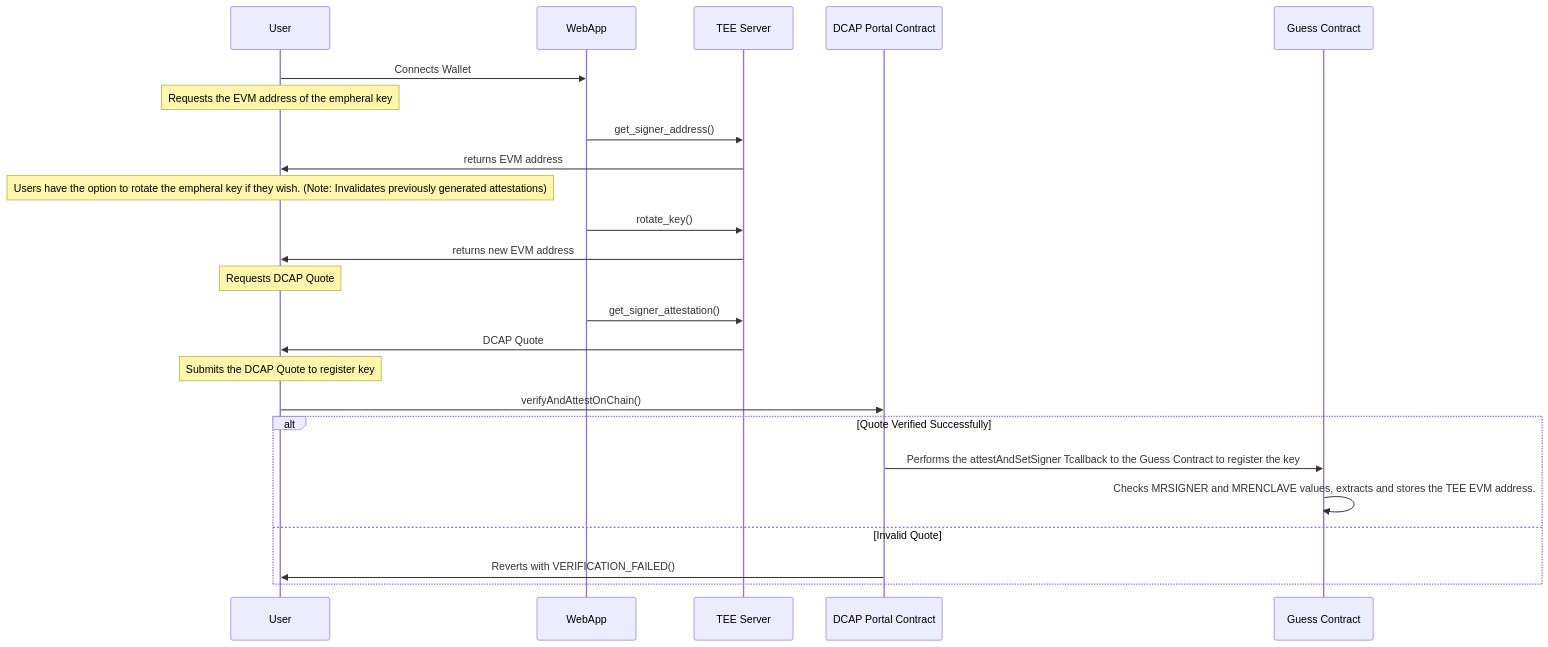
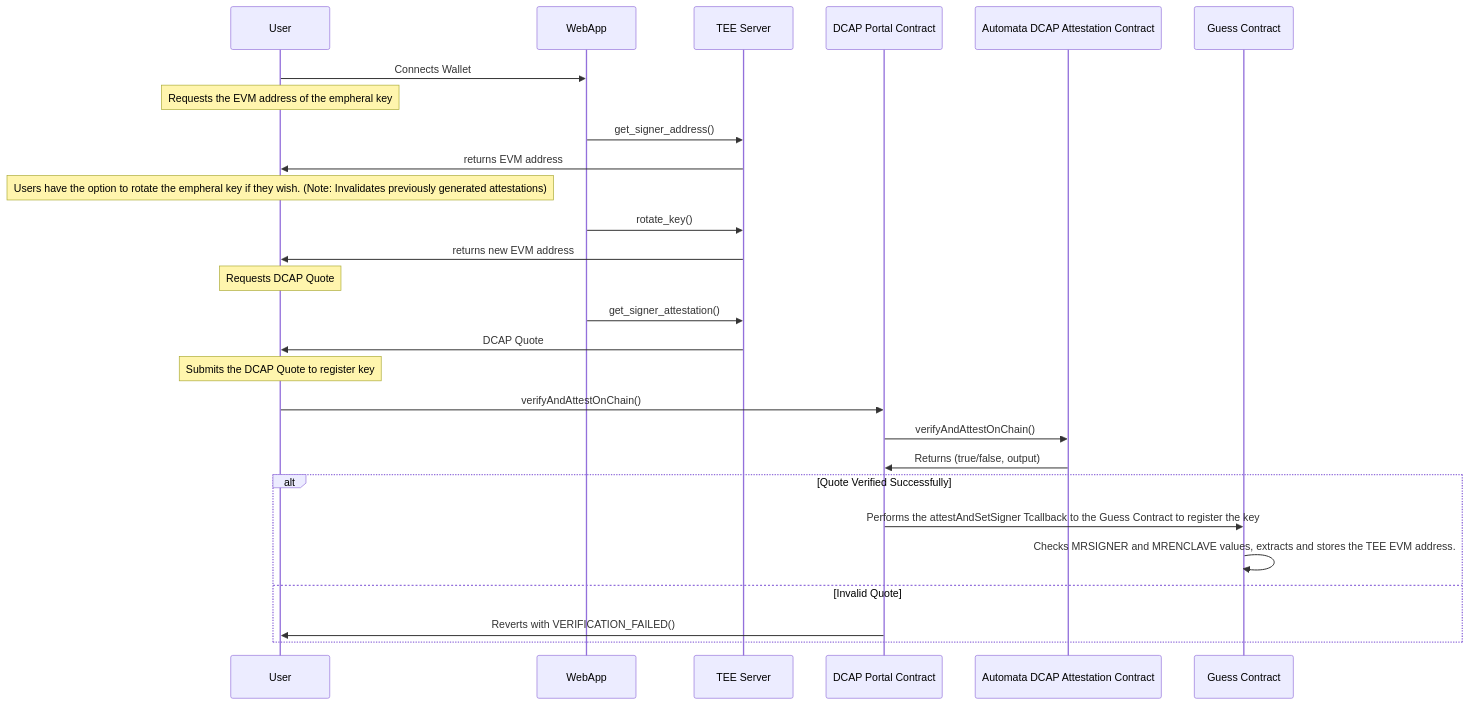
The first of 3 diagrams in docs/project-architecture.md (moven0831/sgx-number-guessing), drawn with Mermaid before and after one commit.

Commit message:
added dcap attestation into the architecture

````diff
--- a/docs/project-architecture.md
+++ b/docs/project-architecture.md
@@ -3,30 +3,33 @@
 ```mermaid
 sequenceDiagram
     participant User
     participant WebApp
     participant TEE Server
     participant DCAP Portal Contract
+    participant Automata DCAP Attestation Contract
     participant Guess Contract
 
     User->>WebApp: Connects Wallet
 
     note over User: Requests the EVM address of the empheral key
     WebApp->>TEE Server: get_signer_address()
     TEE Server->>User: returns EVM address
 
     note over User: Users have the option to rotate the empheral key if they wish. (Note: Invalidates previously generated attestations)
     WebApp->>TEE Server: rotate_key()
     TEE Server->>User: returns new EVM address
 
     note over User: Requests DCAP Quote
     WebApp->>TEE Server: get_signer_attestation()
     TEE Server->>User: DCAP Quote
     note over User: Submits the DCAP Quote to register key
     User->>DCAP Portal Contract: verifyAndAttestOnChain()
+    DCAP Portal Contract->>Automata DCAP Attestation Contract: verifyAndAttestOnChain()
+    Automata DCAP Attestation Contract->>DCAP Portal Contract: Returns (true/false, output)
     alt Quote Verified Successfully
         DCAP Portal Contract->>Guess Contract: Performs the attestAndSetSigner Tcallback to the Guess Contract to register the key
         Guess Contract->>Guess Contract: Checks MRSIGNER and MRENCLAVE values, extracts and stores the TEE EVM address.
     else Invalid Quote
         DCAP Portal Contract->>User: Reverts with VERIFICATION_FAILED()
     end
 ```
````
